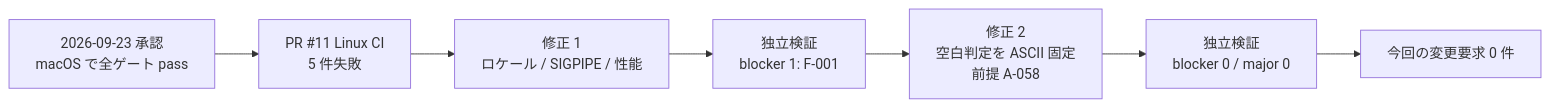
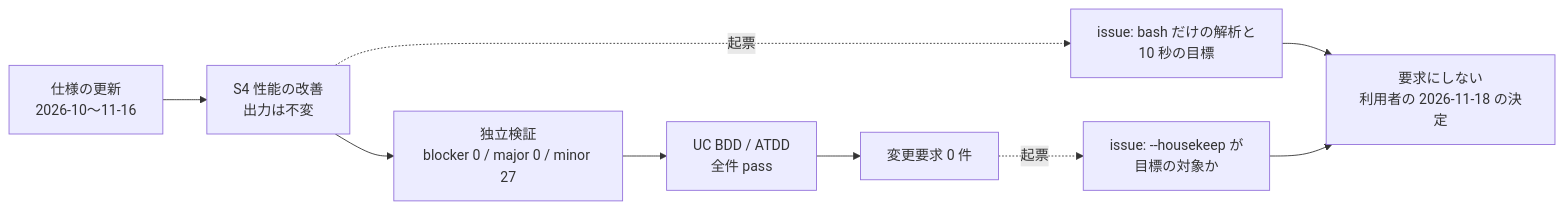
One commit to suwa-sh/relay-gate changed the diagram in docs/impl/latest/eff24f55/feedback/as-built-summary.md. Above: the diagram before and after it, drawn with Mermaid. The commit also changed other lines of this file and 79 other files, not shown here.

````diff
--- a/docs/impl/latest/eff24f55/feedback/as-built-summary.md
+++ b/docs/impl/latest/eff24f55/feedback/as-built-summary.md
@@ -19,9 +24,11 @@
 ```mermaid
 flowchart LR
-  OK[2026-09-23 承認<br/>macOS で全ゲート pass] --> CI[PR #11 Linux CI<br/>5 件失敗]
-  CI --> FIX1[修正 1<br/>ロケール / SIGPIPE / 性能]
-  FIX1 --> V1[独立検証<br/>blocker 1: F-001]
-  V1 --> FIX2[修正 2<br/>空白判定を ASCII 固定<br/>前提 A-058]
-  FIX2 --> V2[独立検証<br/>blocker 0 / major 0]
-  V2 --> R[今回の変更要求 0 件]
+  R[仕様の更新<br/>2026-10〜11-16] --> S4[S4 性能の改善<br/>出力は不変]
+  S4 --> S5[独立検証<br/>blocker 0 / major 0 / minor 27]
+  S5 --> S67[UC BDD / ATDD<br/>全件 pass]
+  S67 --> S8[変更要求 0 件]
+  S4 -.起票.-> I1[issue: bash だけの解析と<br/>10 秒の目標]
+  S8 -.起票.-> I2[issue: --housekeep が<br/>目標の対象か]
+  I1 --> N[要求にしない<br/>利用者の 2026-11-18 の決定]
+  I2 --> N
 ```
````
